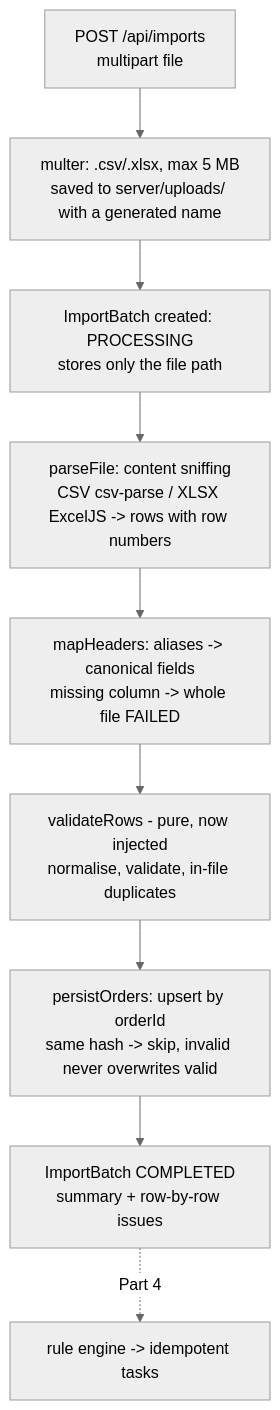
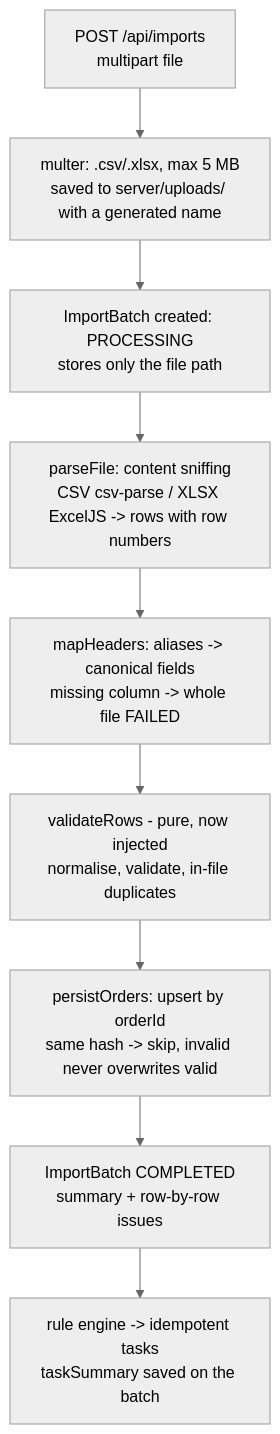
The second of 3 diagrams in docs/ARCHITECTURE.md (vivekkk004/NaturaX), drawn with Mermaid (neutral theme) before and after one commit. The commit also changed other lines of this file and 42 other files, not shown here.

First line of the commit message:
Part 4: rule engine, configurable rules and idempotent task generation

````diff
--- a/docs/ARCHITECTURE.md
+++ b/docs/ARCHITECTURE.md
@@ -101,11 +104,11 @@
 ```mermaid
 flowchart TD
   U[POST /api/imports<br/>multipart file] --> M[multer: .csv/.xlsx, max 5 MB<br/>saved to server/uploads/ with a generated name]
   M --> B[ImportBatch created: PROCESSING<br/>stores only the file path]
   B --> P[parseFile: content sniffing<br/>CSV csv-parse / XLSX ExcelJS -> rows with row numbers]
   P --> H[mapHeaders: aliases -> canonical fields<br/>missing column -> whole file FAILED]
   H --> V[validateRows - pure, now injected<br/>normalise, validate, in-file duplicates]
   V --> O[persistOrders: upsert by orderId<br/>same hash -> skip, invalid never overwrites valid]
   O --> R[ImportBatch COMPLETED<br/>summary + row-by-row issues]
-  R -.Part 4.-> E[rule engine -> idempotent tasks]
+  R --> E[rule engine -> idempotent tasks<br/>taskSummary saved on the batch]
 ```
````
